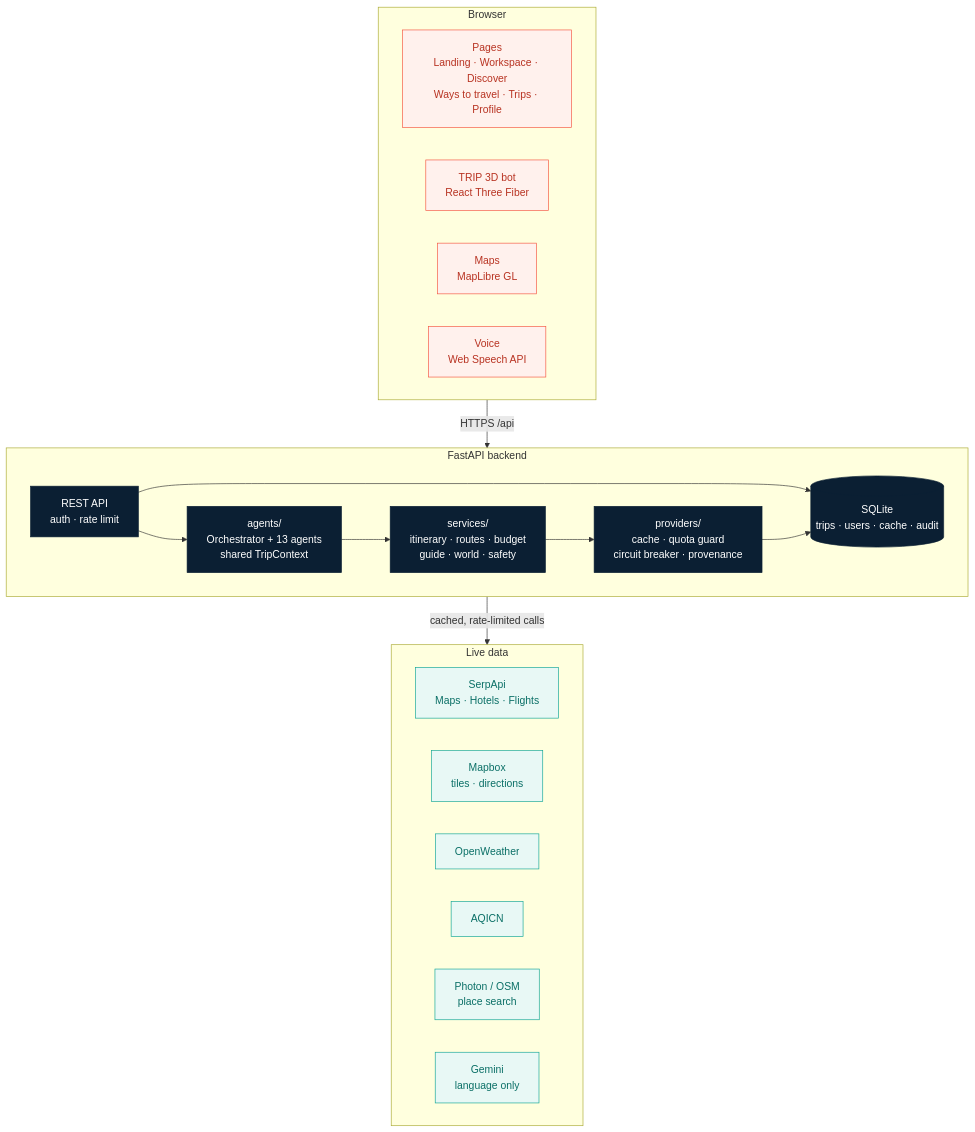
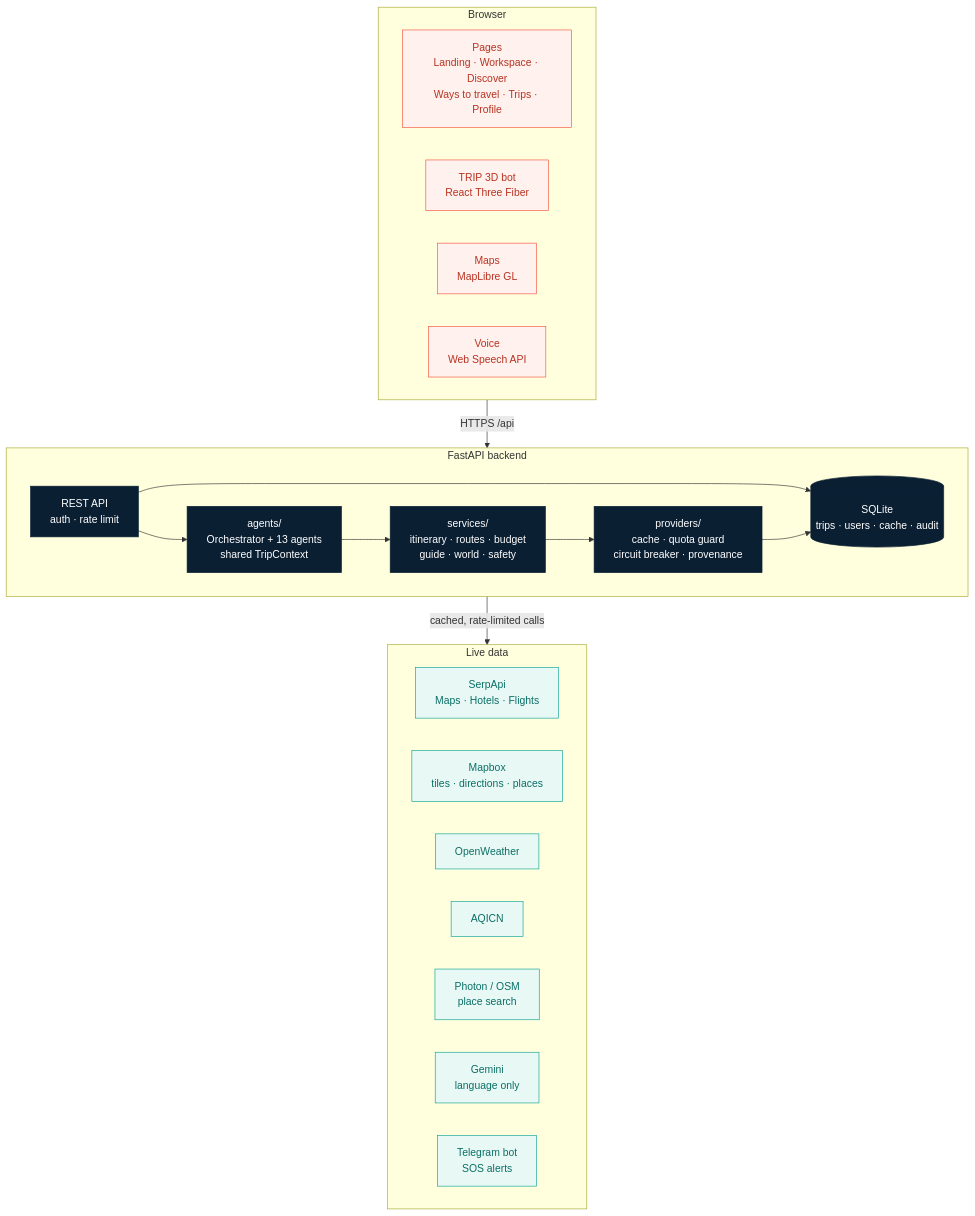
Before and after one commit to Piyush5525/Plarno.ai: the eighth of 8 diagrams in README.md, drawn with Mermaid. The commit also changed other lines of this file and 4 other files, not shown here.

Commit message:
README: live app link, routes and SOS sections, new screenshots and diagrams

````diff
--- a/README.md
+++ b/README.md
@@ -258,34 +369,35 @@
 ```mermaid
 flowchart TB
     subgraph BROWSER["Browser"]
         direction LR
         PAGES["Pages<br/>Landing · Workspace · Discover<br/>Ways to travel · Trips · Profile"]
         BOT["TRIP 3D bot<br/>React Three Fiber"]
         MAPUI["Maps<br/>MapLibre GL"]
         VOICE["Voice<br/>Web Speech API"]
     end
     subgraph SERVER["FastAPI backend"]
         direction LR
         ROUTES["REST API<br/>auth · rate limit"] --> ORCH["agents/<br/>Orchestrator + 13 agents<br/>shared TripContext"] --> SVC["services/<br/>itinerary · routes · budget<br/>guide · world · safety"] --> PROV["providers/<br/>cache · quota guard<br/>circuit breaker · provenance"]
         ROUTES --> DB[("SQLite<br/>trips · users · cache · audit")]
         PROV --> DB
     end
     subgraph EXT["Live data"]
         direction LR
         SERP["SerpApi<br/>Maps · Hotels · Flights"]
-        MB["Mapbox<br/>tiles · directions"]
+        MB["Mapbox<br/>tiles · directions · places"]
         OW["OpenWeather"]
         AQ["AQICN"]
         PH["Photon / OSM<br/>place search"]
         GM["Gemini<br/>language only"]
+        TG["Telegram bot<br/>SOS alerts"]
     end
     BROWSER -->|"HTTPS /api"| SERVER
     SERVER -->|"cached, rate-limited calls"| EXT
 
     classDef a fill:#fff1ed,stroke:#f4553f,color:#b83322;
     classDef b fill:#0b1f33,stroke:#0b1f33,color:#fff;
     classDef c fill:#e8f8f5,stroke:#0fa596,color:#0a6f66;
     class PAGES,BOT,MAPUI,VOICE a;
     class ROUTES,ORCH,SVC,PROV,DB b;
-    class SERP,MB,OW,AQ,PH,GM c;
+    class SERP,MB,OW,AQ,PH,GM,TG c;
 ```
````
